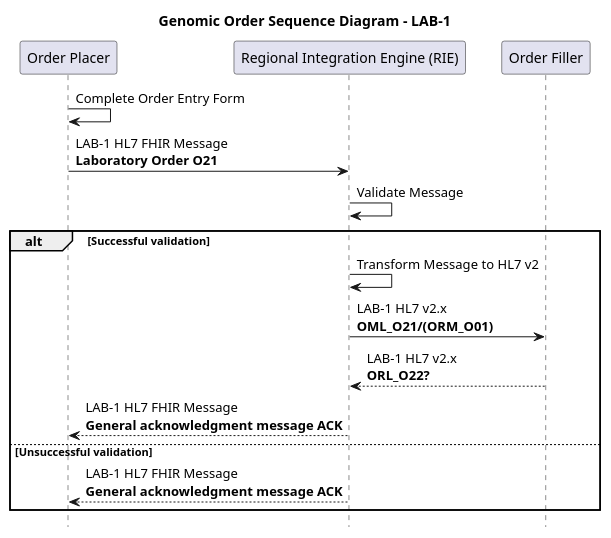
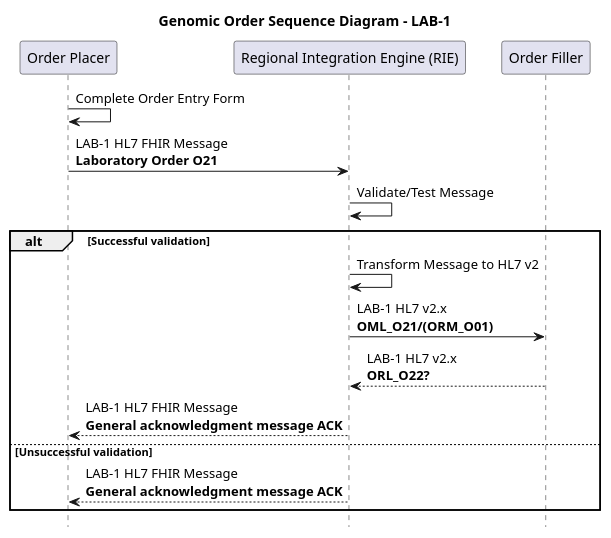
Before and after one commit to nw-gmsa/nw-gmsa.github.com: the diagram in input/images-source/LAB1-sequence.plantuml, drawn with PlantUML.

Commit message:
Adding general enterprise constraints

```diff
--- a/input/images-source/LAB1-sequence.plantuml
+++ b/input/images-source/LAB1-sequence.plantuml
@@ -1,24 +1,24 @@
 @startuml
 
 title "Genomic Order Sequence Diagram - LAB-1"
 
 hide footbox
 
 participant "Order Placer" as EPR
 participant "Regional Integration Engine (RIE)" as TIE
 participant "Order Filler" as LIMS
 
 EPR -> EPR: Complete Order Entry Form
 EPR -> TIE: LAB-1 HL7 FHIR Message\n**Laboratory Order O21**
-TIE -> TIE: Validate Message
+TIE -> TIE: Validate/Test Message
 
 alt Successful validation
 TIE -> TIE : Transform Message to HL7 v2
 TIE -> LIMS: LAB-1 HL7 v2.x\n**OML_O21/(ORM_O01)**
 LIMS --> TIE: LAB-1 HL7 v2.x\n**ORL_O22?**
 TIE --> EPR: LAB-1 HL7 FHIR Message\n**General acknowledgment message ACK**
 else Unsuccessful validation
 TIE --> EPR: LAB-1 HL7 FHIR Message\n**General acknowledgment message ACK**
 end
 
 @enduml
```
